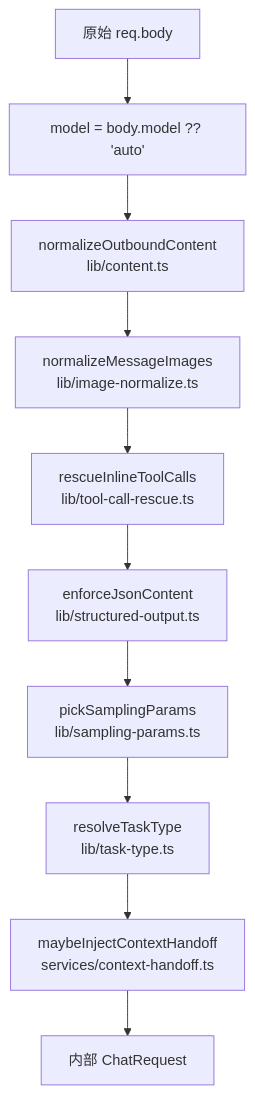
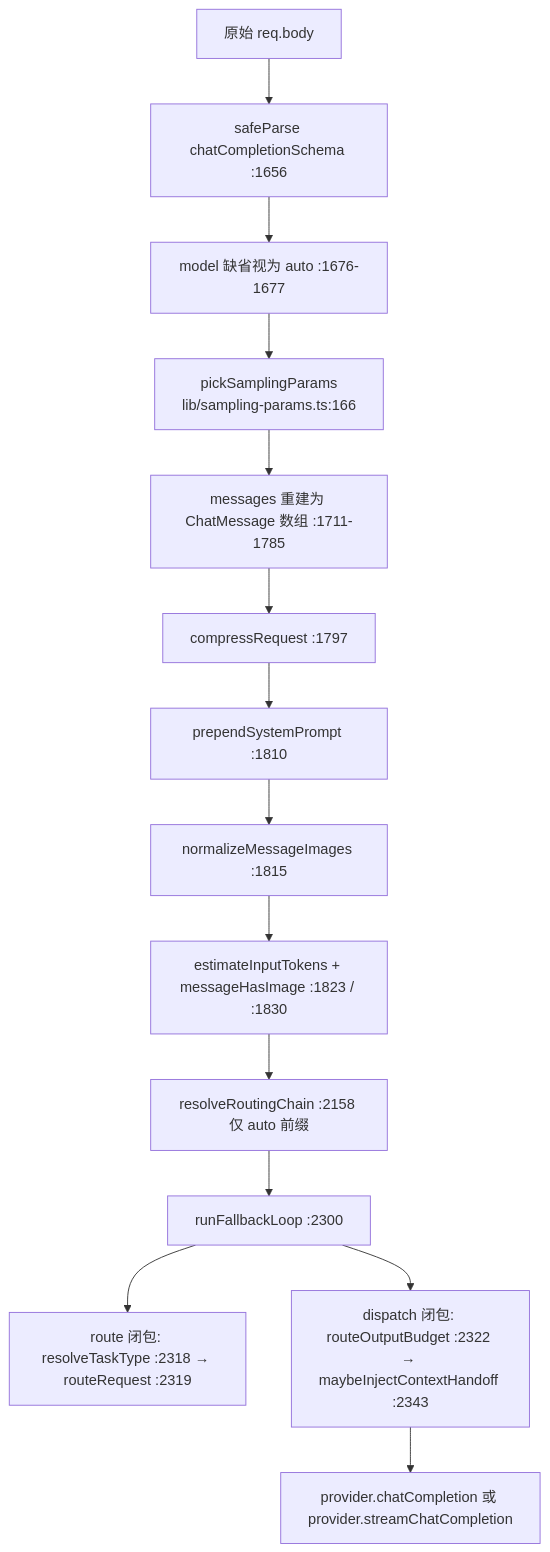
Before and after one commit to adrian9778/freellmapi: the third of 8 diagrams in docs/adrian/sourceReader/03-详细逐步说明-主链路拆解.md, drawn with Mermaid. The commit also changed other lines of this file and 18 other files, not shown here.

````diff
--- a/docs/adrian/sourceReader/03-详细逐步说明-主链路拆解.md
+++ b/docs/adrian/sourceReader/03-详细逐步说明-主链路拆解.md
@@ -107,12 +154,16 @@
 ```mermaid
 flowchart TD
-    RawBody[原始 req.body] --> A[model = body.model ?? 'auto']
-    A --> B[normalizeOutboundContent<br/>lib/content.ts]
-    B --> C[normalizeMessageImages<br/>lib/image-normalize.ts]
-    C --> D[rescueInlineToolCalls<br/>lib/tool-call-rescue.ts]
-    D --> E[enforceJsonContent<br/>lib/structured-output.ts]
-    E --> F[pickSamplingParams<br/>lib/sampling-params.ts]
-    F --> G[resolveTaskType<br/>lib/task-type.ts]
-    G --> H[maybeInjectContextHandoff<br/>services/context-handoff.ts]
-    H --> I[内部 ChatRequest]
+    RawBody[原始 req.body] --> V[safeParse chatCompletionSchema :1656]
+    V --> A[model 缺省视为 auto :1676-1677]
+    A --> P[pickSamplingParams<br/>lib/sampling-params.ts:166]
+    P --> M[messages 重建为 ChatMessage 数组 :1711-1785]
+    M --> CP[compressRequest :1797]
+    CP --> SP[prependSystemPrompt :1810]
+    SP --> IMG[normalizeMessageImages :1815]
+    IMG --> EST[estimateInputTokens + messageHasImage :1823 / :1830]
+    EST --> CH[resolveRoutingChain :2158 仅 auto 前缀]
+    CH --> LOOP[runFallbackLoop :2300]
+    LOOP --> RT[route 闭包: resolveTaskType :2318 → routeRequest :2319]
+    LOOP --> DI[dispatch 闭包: routeOutputBudget :2322 → maybeInjectContextHandoff :2343]
+    DI --> SEND[provider.chatCompletion 或 provider.streamChatCompletion]
 ```
````
